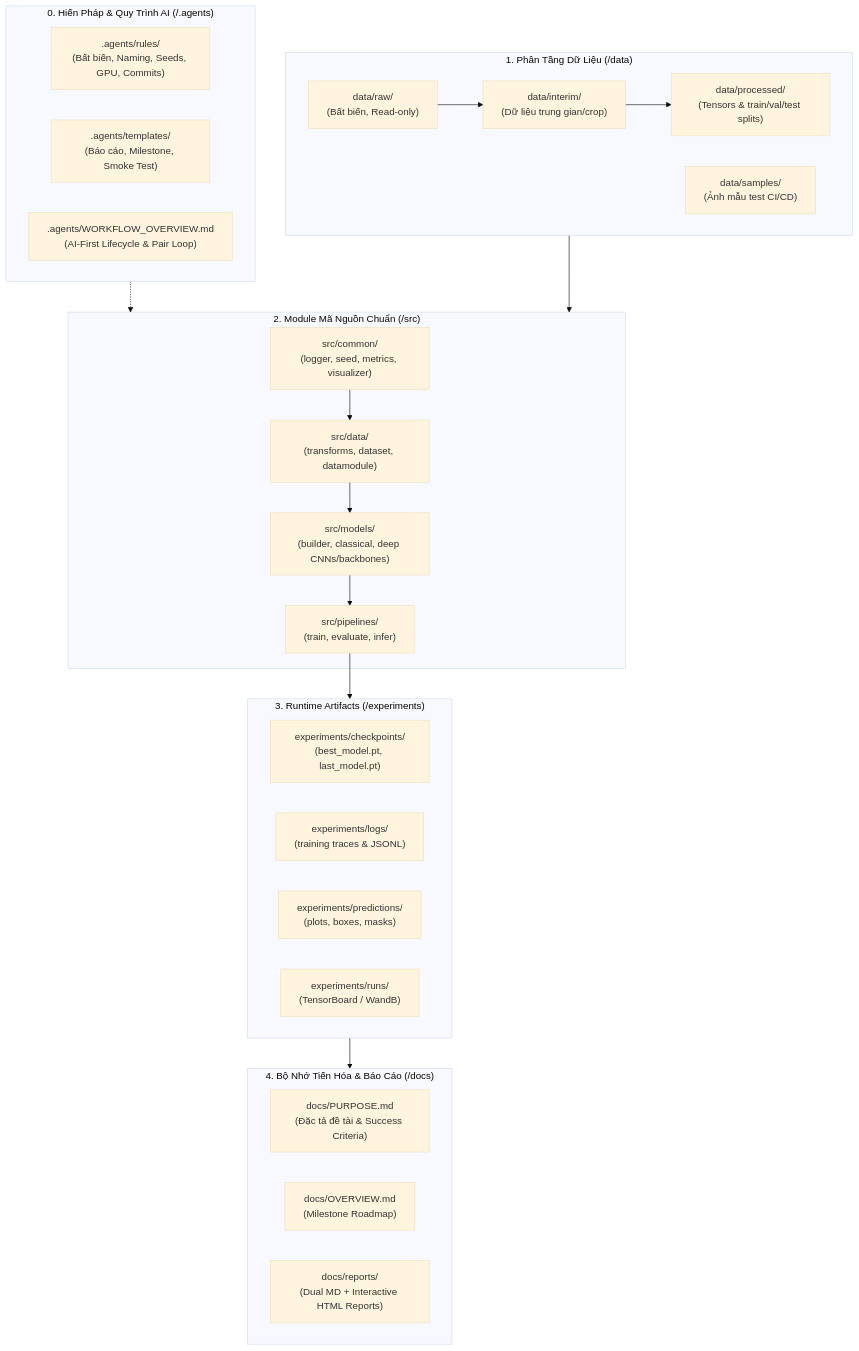
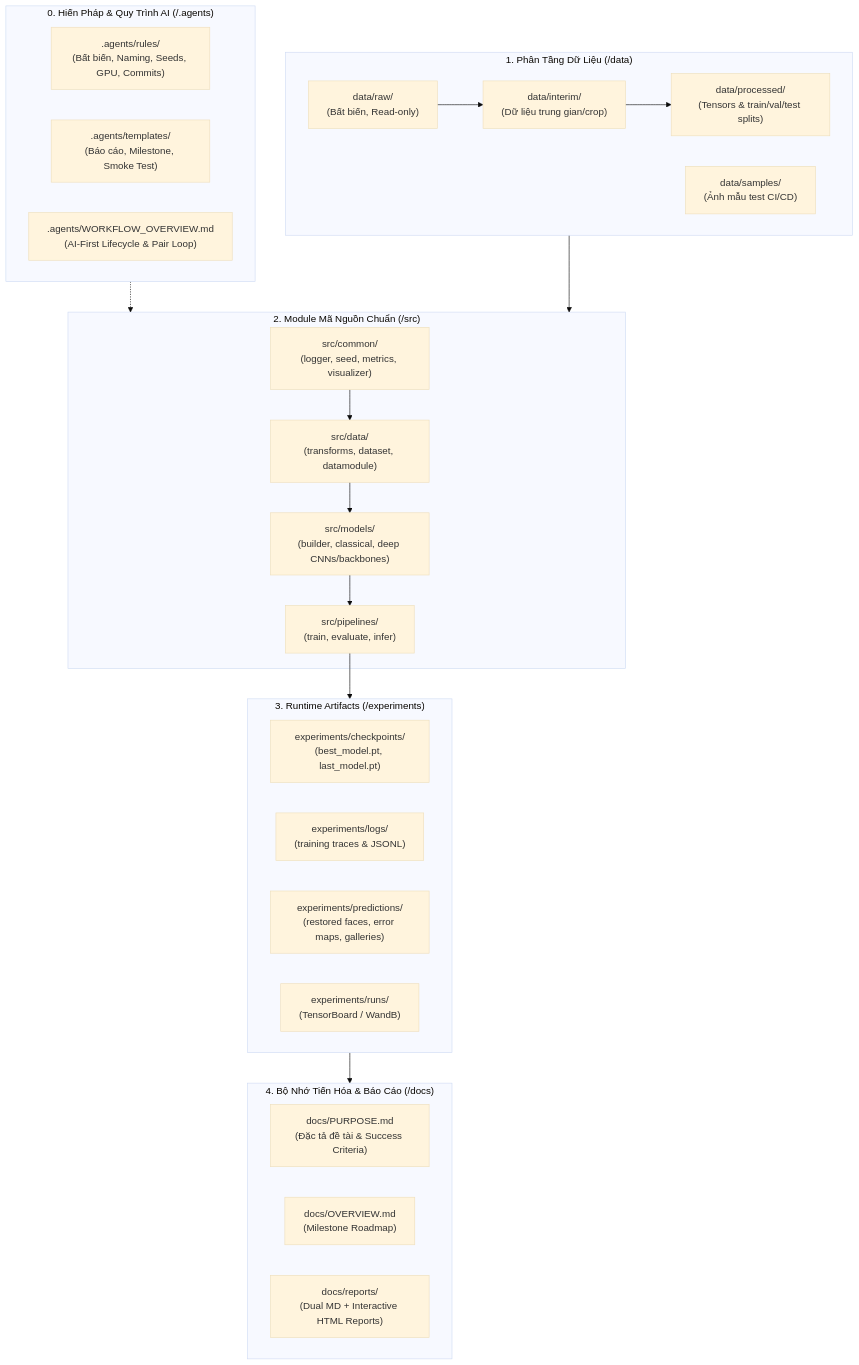
The diagram in README.md (bush-le/uth-cv-coursework), drawn with Mermaid (base theme) before and after one commit. The commit also changed other lines of this file and 12 other files, not shown here.

````diff
--- a/README.md
+++ b/README.md
@@ -22,42 +22,42 @@
 ```mermaid
 flowchart TD
     subgraph GOV ["0. Hiến Pháp & Quy Trình AI (/.agents)"]
         RULES[".agents/rules/<br/>(Bất biến, Naming, Seeds, GPU, Commits)"]
         TEMPLATES[".agents/templates/<br/>(Báo cáo, Milestone, Smoke Test)"]
         WORKFLOW[".agents/WORKFLOW_OVERVIEW.md<br/>(AI-First Lifecycle & Pair Loop)"]
     end
 
     subgraph DATA_TIER ["1. Phân Tầng Dữ Liệu (/data)"]
         RAW["data/raw/<br/>(Bất biến, Read-only)"]
         INTERIM["data/interim/<br/>(Dữ liệu trung gian/crop)"]
         PROCESSED["data/processed/<br/>(Tensors & train/val/test splits)"]
         SAMPLES["data/samples/<br/>(Ảnh mẫu test CI/CD)"]
         RAW --> INTERIM --> PROCESSED
     end
 
     subgraph CODE_TIER ["2. Module Mã Nguồn Chuẩn (/src)"]
         COMMON["src/common/<br/>(logger, seed, metrics, visualizer)"]
         DATA_MOD["src/data/<br/>(transforms, dataset, datamodule)"]
         MODELS["src/models/<br/>(builder, classical, deep CNNs/backbones)"]
         PIPELINES["src/pipelines/<br/>(train, evaluate, infer)"]
         COMMON --> DATA_MOD --> MODELS --> PIPELINES
     end
 
     subgraph RUNTIME_TIER ["3. Runtime Artifacts (/experiments)"]
         CKPTS["experiments/checkpoints/<br/>(best_model.pt, last_model.pt)"]
         LOGS["experiments/logs/<br/>(training traces & JSONL)"]
-        PREDS["experiments/predictions/<br/>(plots, boxes, masks)"]
+        PREDS["experiments/predictions/<br/>(restored faces, error maps, galleries)"]
         RUNS["experiments/runs/<br/>(TensorBoard / WandB)"]
     end
 
     subgraph DOCS_TIER ["4. Bộ Nhớ Tiến Hóa & Báo Cáo (/docs)"]
         PURPOSE["docs/PURPOSE.md<br/>(Đặc tả đề tài & Success Criteria)"]
         ROADMAP["docs/OVERVIEW.md<br/>(Milestone Roadmap)"]
         REPORTS["docs/reports/<br/>(Dual MD + Interactive HTML Reports)"]
     end
 
     GOV -.-> CODE_TIER
     DATA_TIER --> CODE_TIER
     PIPELINES --> RUNTIME_TIER
     RUNTIME_TIER --> DOCS_TIER
 ```
````
